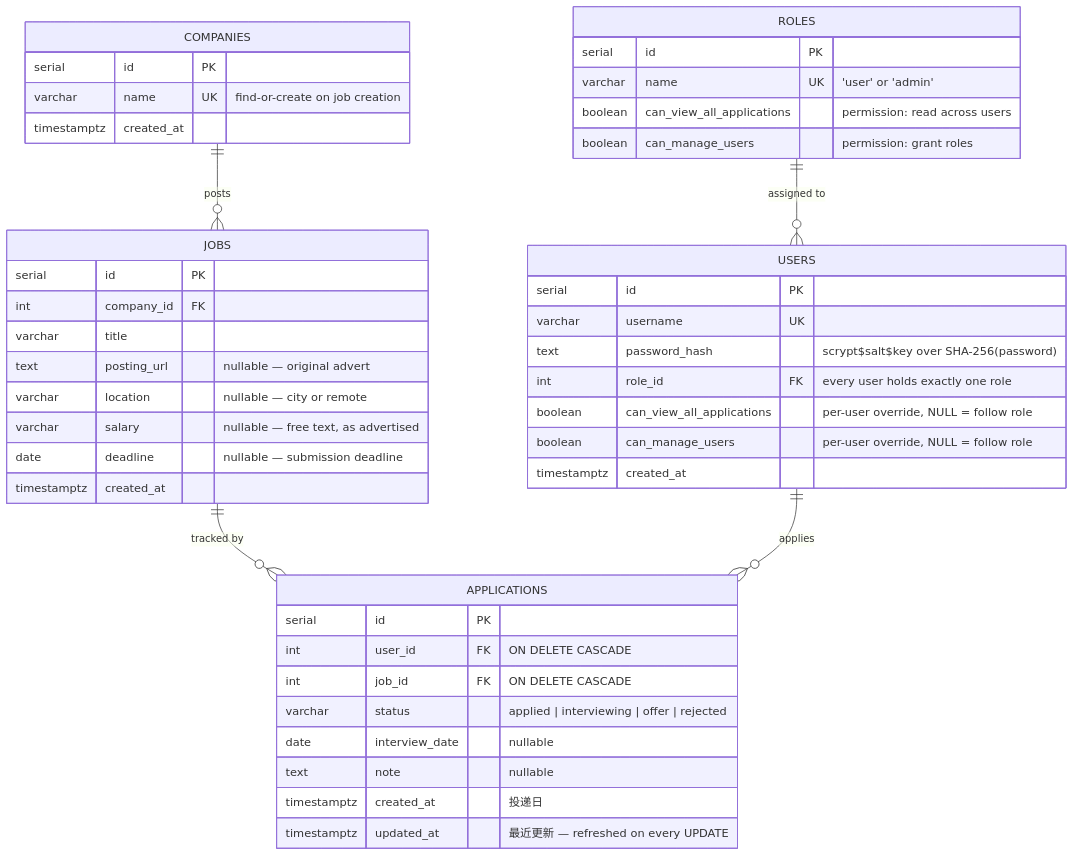
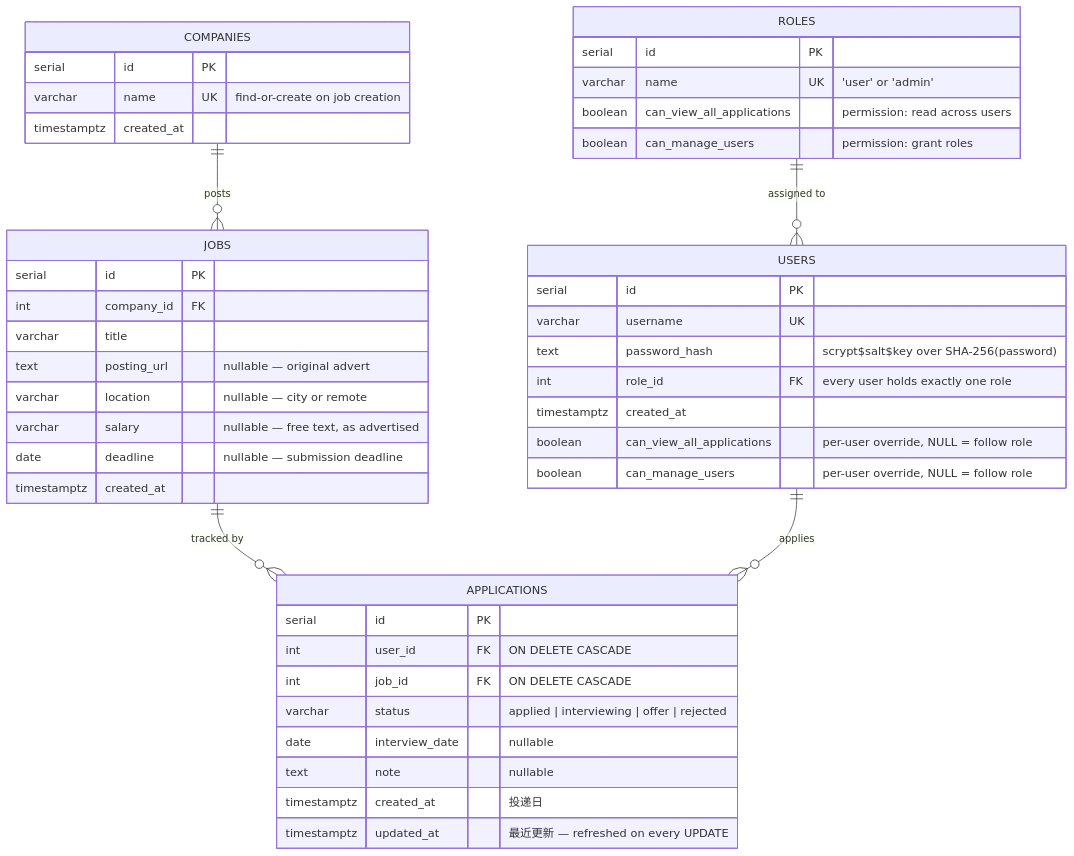
The diagram in docs/erd.md (RW918/ERB_Group_Project), drawn with Mermaid before and after one commit. The commit also changed other lines of this file and 3 other files, not shown here.

First line of the commit message:
docs(erd): name constraints explicitly to match the migrations

````diff
--- a/docs/erd.md
+++ b/docs/erd.md
@@ -9,52 +9,52 @@
 ```mermaid
 erDiagram
     COMPANIES ||--o{ JOBS : "posts"
     JOBS ||--o{ APPLICATIONS : "tracked by"
     USERS ||--o{ APPLICATIONS : "applies"
     ROLES ||--o{ USERS : "assigned to"
 
     ROLES {
         serial id PK
         varchar name UK "'user' or 'admin'"
         boolean can_view_all_applications "permission: read across users"
         boolean can_manage_users "permission: grant roles"
     }
 
     USERS {
         serial id PK
         varchar username UK
         text password_hash "scrypt$salt$key over SHA-256(password)"
         int role_id FK "every user holds exactly one role"
+        timestamptz created_at
         boolean can_view_all_applications "per-user override, NULL = follow role"
         boolean can_manage_users "per-user override, NULL = follow role"
-        timestamptz created_at
     }
 
     COMPANIES {
         serial id PK
         varchar name UK "find-or-create on job creation"
         timestamptz created_at
     }
 
     JOBS {
         serial id PK
         int company_id FK
         varchar title
         text posting_url "nullable — original advert"
         varchar location "nullable — city or remote"
         varchar salary "nullable — free text, as advertised"
         date deadline "nullable — submission deadline"
         timestamptz created_at
     }
 
     APPLICATIONS {
         serial id PK
         int user_id FK "ON DELETE CASCADE"
         int job_id FK "ON DELETE CASCADE"
         varchar status "applied | interviewing | offer | rejected"
         date interview_date "nullable"
         text note "nullable"
         timestamptz created_at "投递日"
         timestamptz updated_at "最近更新 — refreshed on every UPDATE"
     }
 ```
````
